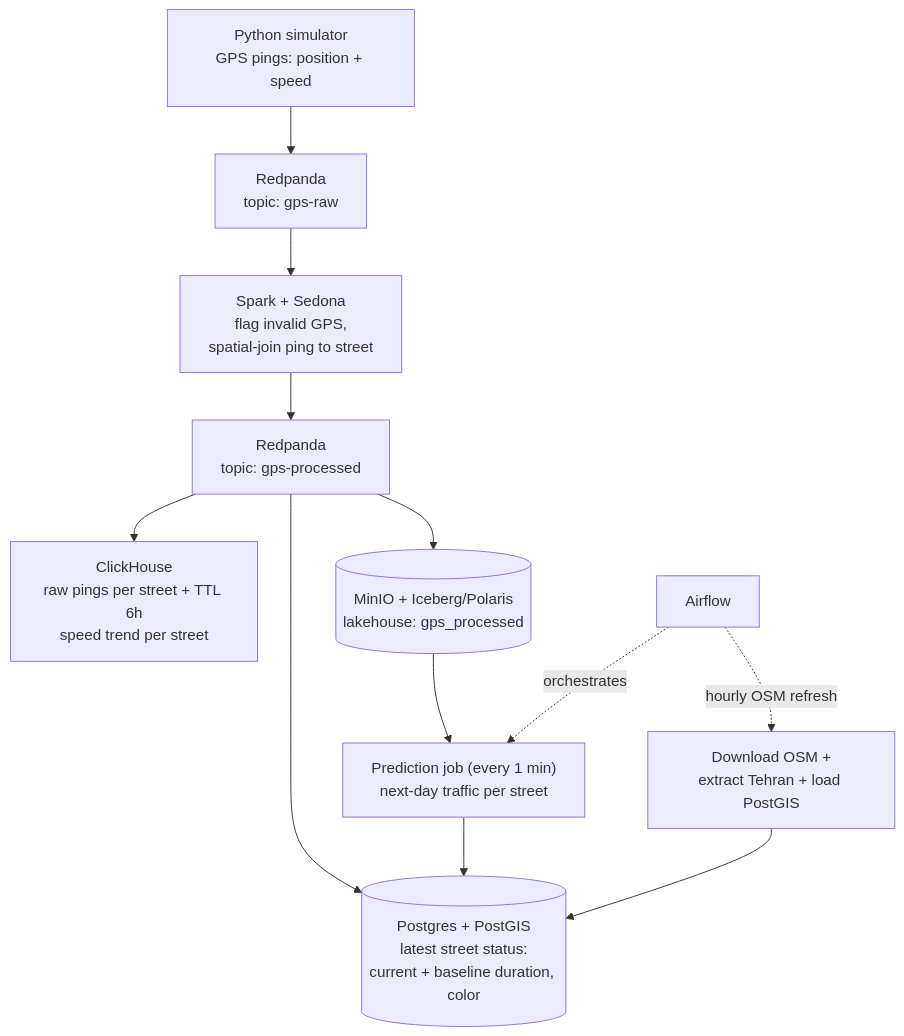
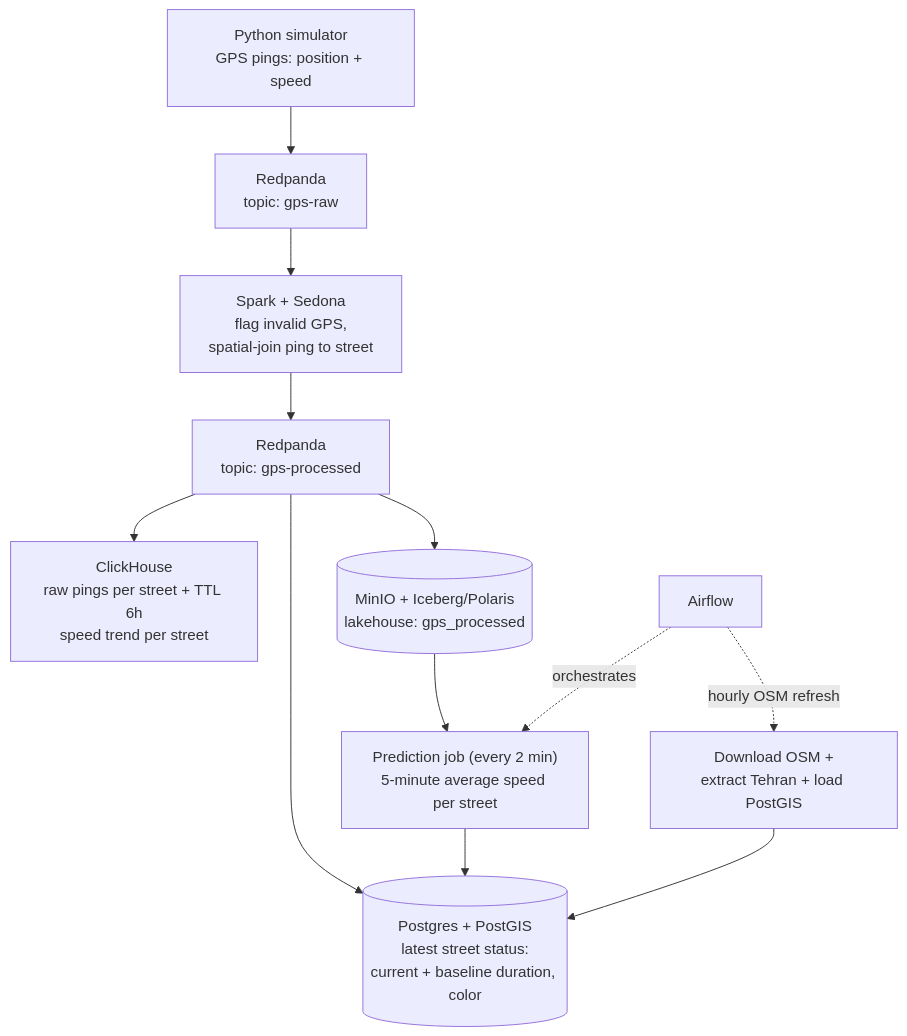
Before and after one commit to km1368/geostream-maps: the first of 3 diagrams in README.md, drawn with Mermaid. The commit also changed other lines of this file and 4 other files, not shown here.

````diff
--- a/README.md
+++ b/README.md
@@ -19,14 +19,14 @@
 ```mermaid
 flowchart TD
     SIM["Python simulator<br/>GPS pings: position + speed"] --> RAW["Redpanda<br/>topic: gps-raw"]
     RAW --> SP["Spark + Sedona<br/>flag invalid GPS,<br/>spatial-join ping to street"]
     SP --> ENR["Redpanda<br/>topic: gps-processed"]
     ENR --> PG[("Postgres + PostGIS<br/>latest street status:<br/>current + baseline duration, color")]
     ENR --> CH["ClickHouse<br/>raw pings per street + TTL 6h<br/>speed trend per street"]
     ENR --> S3[("MinIO + Iceberg/Polaris<br/>lakehouse: gps_processed")]
-    S3 --> PRED["Prediction job (every 1 min)<br/>next-day traffic per street"]
+    S3 --> PRED["Prediction job (every 2 min)<br/>5-minute average speed per street"]
     PRED --> PG
     AF["Airflow"] -.->|"orchestrates"| PRED
     AF -.->|"hourly OSM refresh"| OSM["Download OSM +<br/>extract Tehran + load PostGIS"]
     OSM --> PG
 ```
````
